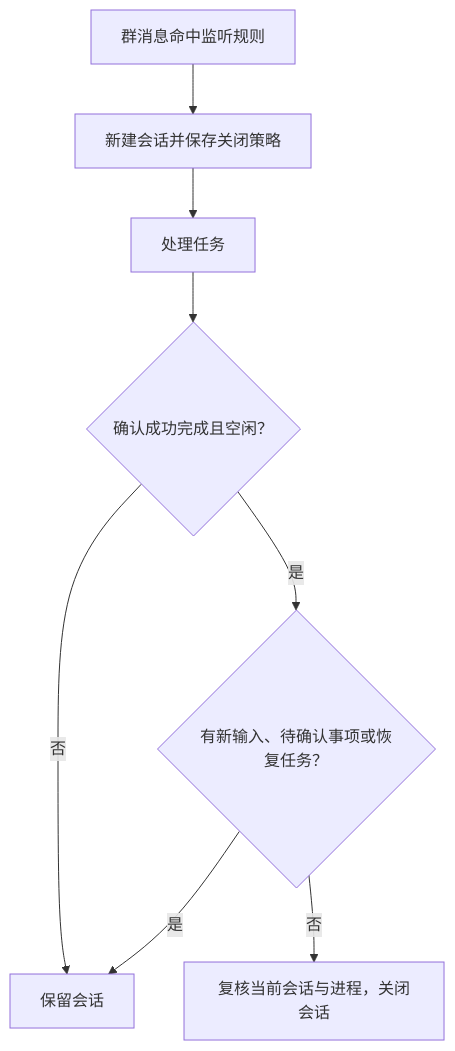
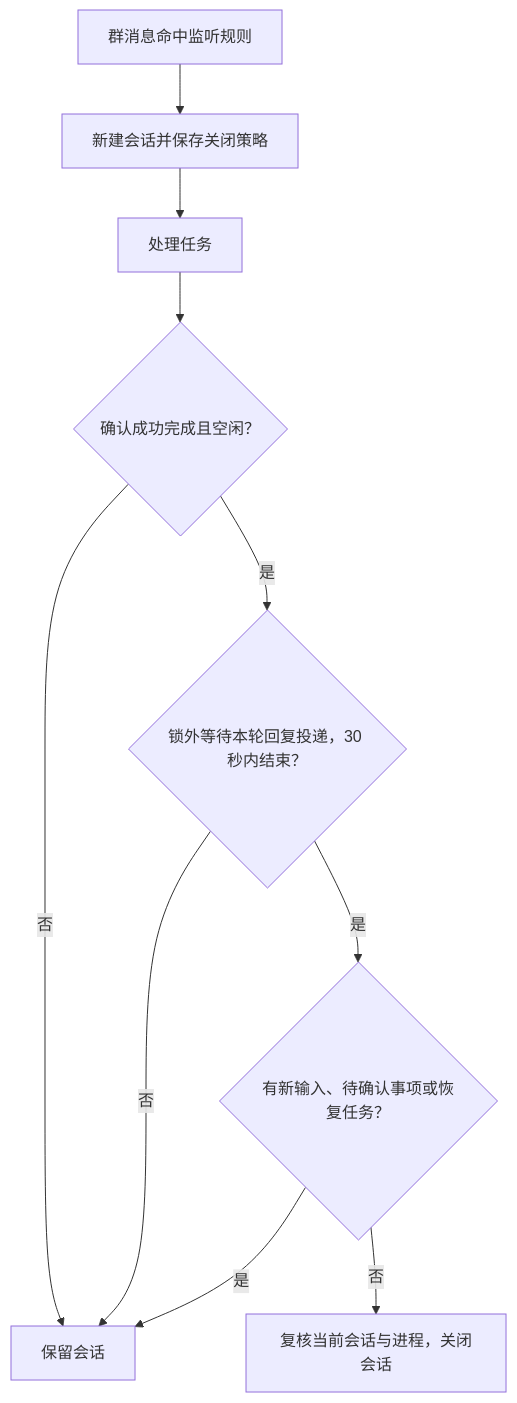
One commit to deepcoldy/botmux changed the diagram in docs/message-listener-auto-close.md. Above: the diagram before and after it, drawn with Mermaid. The commit also changed other lines of this file and 5 other files, not shown here.

````diff
--- a/docs/message-listener-auto-close.md
+++ b/docs/message-listener-auto-close.md
@@ -5,10 +5,12 @@
 ```mermaid
 flowchart TD
   A["群消息命中监听规则"] --> B["新建会话并保存关闭策略"]
   B --> C["处理任务"]
   C --> D{"确认成功完成且空闲？"}
   D -->|否| E["保留会话"]
-  D -->|是| F{"有新输入、待确认事项或恢复任务？"}
+  D -->|是| H{"锁外等待本轮回复投递，30 秒内结束？"}
+  H -->|否| E
+  H -->|是| F{"有新输入、待确认事项或恢复任务？"}
   F -->|是| E
   F -->|否| G["复核当前会话与进程，关闭会话"]
 ```
````
